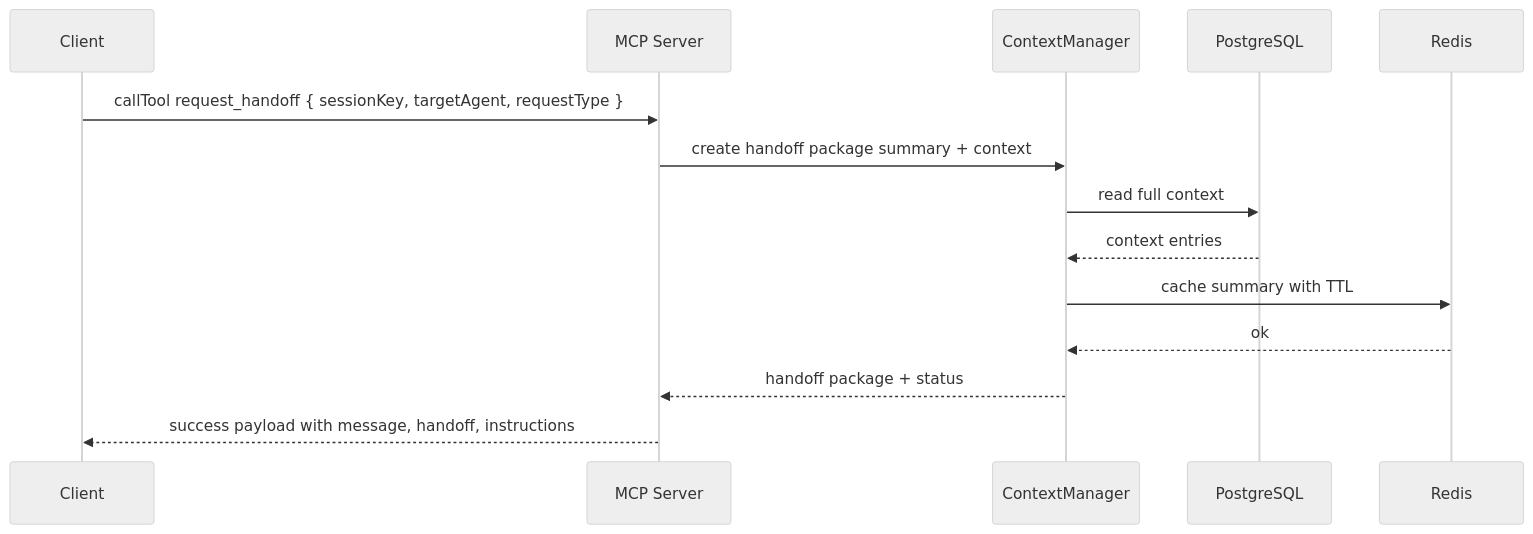
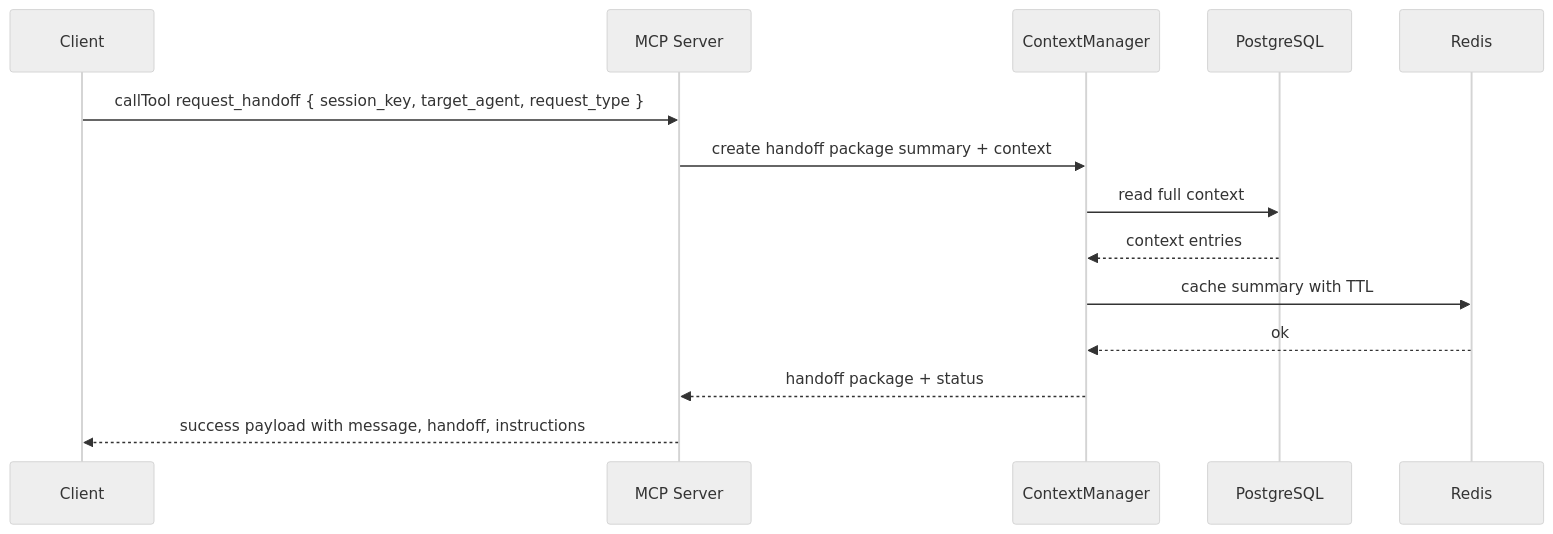
Before and after one commit to ragusa-it/ai-handoff-mcp: the diagram in docs/usage/handoff.md, drawn with Mermaid (neutral theme). The commit also changed other lines of this file and 17 other files, not shown here.

````diff
--- a/docs/usage/handoff.md
+++ b/docs/usage/handoff.md
@@ -73,17 +73,17 @@
 ```mermaid
 sequenceDiagram
   participant Client
   participant MCP as MCP Server
   participant CM as ContextManager
   participant DB as PostgreSQL
   participant R as Redis
 
-  Client->>MCP: callTool request_handoff { sessionKey, targetAgent, requestType }
+  Client->>MCP: callTool request_handoff { session_key, target_agent, request_type }
   MCP->>CM: create handoff package summary + context
   CM->>DB: read full context
   DB-->>CM: context entries
   CM->>R: cache summary with TTL
   R-->>CM: ok
   CM-->>MCP: handoff package + status
   MCP-->>Client: success payload with message, handoff, instructions
 ```
````
